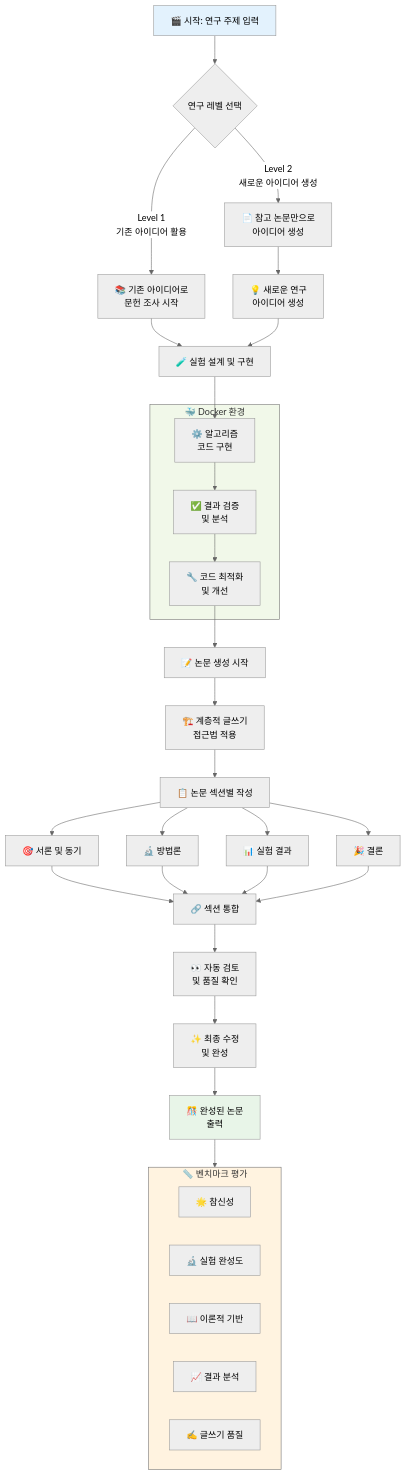
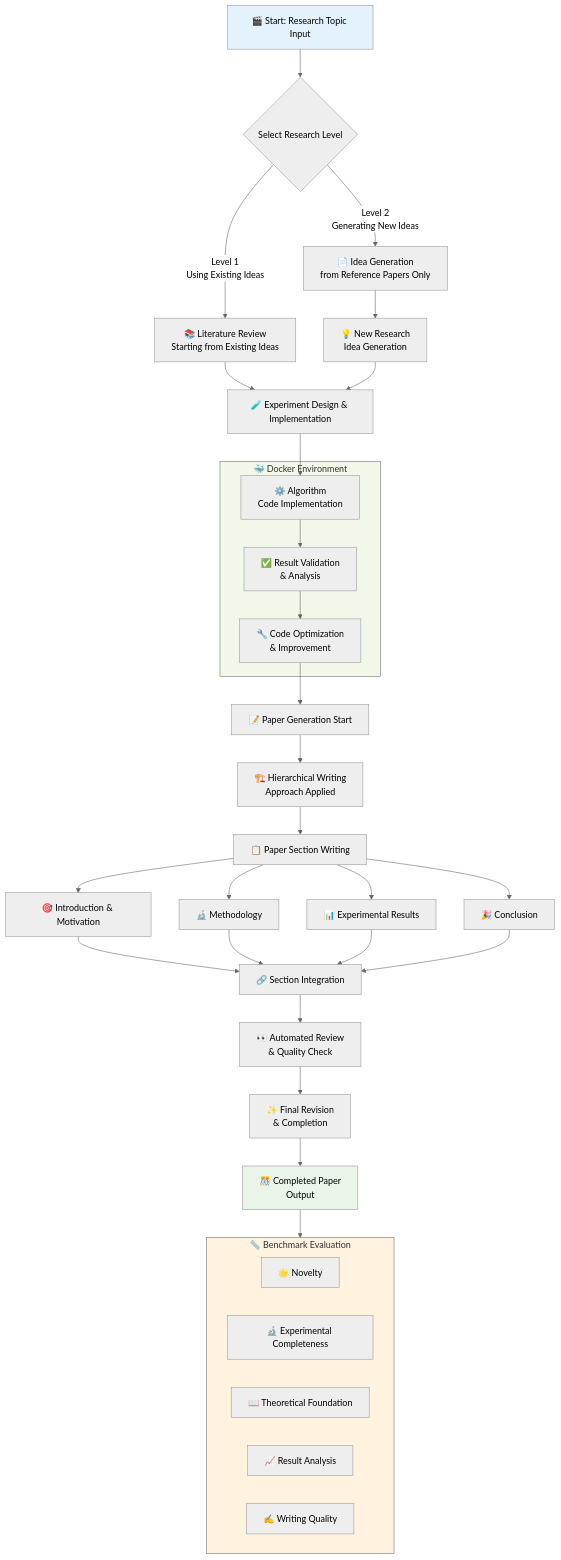
Before and after one commit to ThakiCloud/thakicloud.github.io: the second of 3 diagrams in _posts/en/research/2025-08-21-ai-researcher-autonomous-scientific-innovation-analysis.md, drawn with Mermaid (neutral theme). The commit also changed other lines of this file and 21 other files, not shown here.

First line of the commit message:
fix(blog): translate mermaid labels to post language (en/ar)

````diff
--- a/_posts/en/research/2025-08-21-ai-researcher-autonomous-scientific-innovation-analysis.md
+++ b/_posts/en/research/2025-08-21-ai-researcher-autonomous-scientific-innovation-analysis.md
@@ -108,55 +108,55 @@
 ```mermaid
 flowchart TD
-    START["🎬 시작: 연구 주제 입력"] --> LEVEL{"연구 레벨 선택"}
+    START["🎬 Start: Research Topic Input"] --> LEVEL{"Select Research Level"}
     
-    LEVEL -->|Level 1<br/>기존 아이디어 활용| L1_SURVEY["📚 기존 아이디어로<br/>문헌 조사 시작"]
-    LEVEL -->|Level 2<br/>새로운 아이디어 생성| L2_PAPERS["📄 참고 논문만으로<br/>아이디어 생성"]
+    LEVEL -->|Level 1<br/>Using Existing Ideas| L1_SURVEY["📚 Literature Review<br/>Starting from Existing Ideas"]
+    LEVEL -->|Level 2<br/>Generating New Ideas| L2_PAPERS["📄 Idea Generation<br/>from Reference Papers Only"]
     
-    L1_SURVEY --> EXPERIMENT["🧪 실험 설계 및 구현"]
-    L2_PAPERS --> IDEA_GEN["💡 새로운 연구<br/>아이디어 생성"]
+    L1_SURVEY --> EXPERIMENT["🧪 Experiment Design & Implementation"]
+    L2_PAPERS --> IDEA_GEN["💡 New Research<br/>Idea Generation"]
     IDEA_GEN --> EXPERIMENT
     
-    EXPERIMENT --> CODE_IMPL["⚙️ 알고리즘<br/>코드 구현"]
-    CODE_IMPL --> VALIDATION["✅ 결과 검증<br/>및 분석"]
-    VALIDATION --> REFINEMENT["🔧 코드 최적화<br/>및 개선"]
+    EXPERIMENT --> CODE_IMPL["⚙️ Algorithm<br/>Code Implementation"]
+    CODE_IMPL --> VALIDATION["✅ Result Validation<br/>& Analysis"]
+    VALIDATION --> REFINEMENT["🔧 Code Optimization<br/>& Improvement"]
     
-    REFINEMENT --> PAPER_GEN["📝 논문 생성 시작"]
-    PAPER_GEN --> HIERARCHICAL["🏗️ 계층적 글쓰기<br/>접근법 적용"]
+    REFINEMENT --> PAPER_GEN["📝 Paper Generation Start"]
+    PAPER_GEN --> HIERARCHICAL["🏗️ Hierarchical Writing<br/>Approach Applied"]
     
-    HIERARCHICAL --> SECTIONS["📋 논문 섹션별 작성"]
-    SECTIONS --> INTRO["🎯 서론 및 동기"]
-    SECTIONS --> METHODS["🔬 방법론"]
-    SECTIONS --> RESULTS["📊 실험 결과"]
-    SECTIONS --> CONCLUSION["🎉 결론"]
+    HIERARCHICAL --> SECTIONS["📋 Paper Section Writing"]
+    SECTIONS --> INTRO["🎯 Introduction & Motivation"]
+    SECTIONS --> METHODS["🔬 Methodology"]
+    SECTIONS --> RESULTS["📊 Experimental Results"]
+    SECTIONS --> CONCLUSION["🎉 Conclusion"]
     
-    INTRO --> INTEGRATE["🔗 섹션 통합"]
+    INTRO --> INTEGRATE["🔗 Section Integration"]
     METHODS --> INTEGRATE
     RESULTS --> INTEGRATE
     CONCLUSION --> INTEGRATE
     
-    INTEGRATE --> REVIEW["👀 자동 검토<br/>및 품질 확인"]
-    REVIEW --> POLISH["✨ 최종 수정<br/>및 완성"]
+    INTEGRATE --> REVIEW["👀 Automated Review<br/>& Quality Check"]
+    REVIEW --> POLISH["✨ Final Revision<br/>& Completion"]
     
-    POLISH --> FINAL["🎊 완성된 논문<br/>출력"]
+    POLISH --> FINAL["🎊 Completed Paper<br/>Output"]
     
-    subgraph DOCKER["🐳 Docker 환경"]
+    subgraph DOCKER["🐳 Docker Environment"]
         CODE_IMPL
         VALIDATION
         REFINEMENT
     end
     
-    subgraph BENCHMARK["📏 벤치마크 평가"]
-        NOVELTY["🌟 참신성"]
-        EXPERIMENTAL["🔬 실험 완성도"]
-        THEORETICAL["📖 이론적 기반"]
-        ANALYSIS["📈 결과 분석"]
-        WRITING["✍️ 글쓰기 품질"]
+    subgraph BENCHMARK["📏 Benchmark Evaluation"]
+        NOVELTY["🌟 Novelty"]
+        EXPERIMENTAL["🔬 Experimental Completeness"]
+        THEORETICAL["📖 Theoretical Foundation"]
+        ANALYSIS["📈 Result Analysis"]
+        WRITING["✍️ Writing Quality"]
     end
     
     FINAL --> BENCHMARK
     
     style START fill:#e3f2fd
     style DOCKER fill:#f1f8e9
     style BENCHMARK fill:#fff3e0
     style FINAL fill:#e8f5e8
 ```
````
